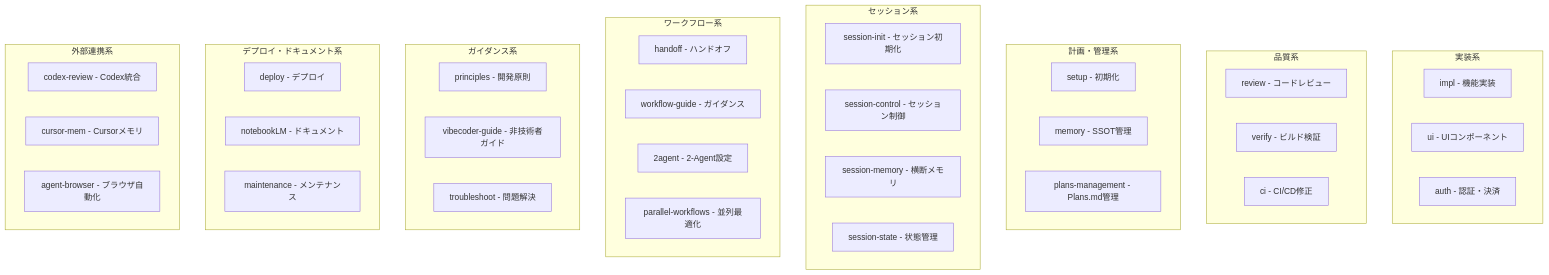
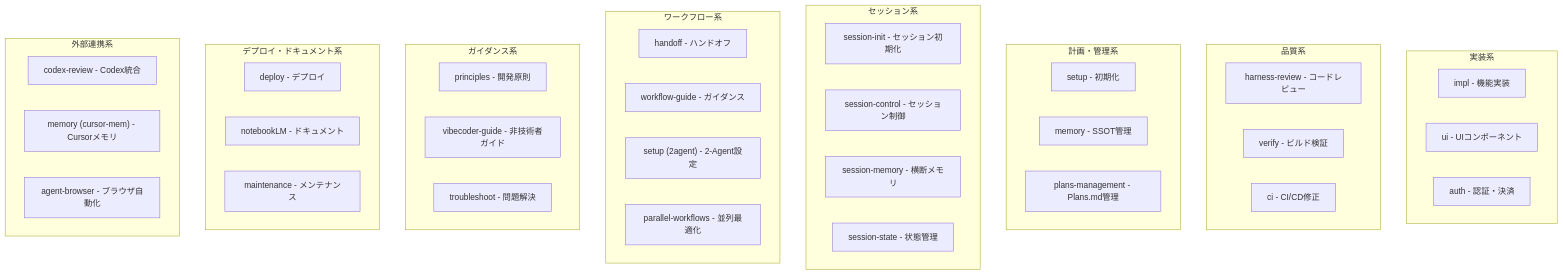
Before and after one commit to tim-hub/powerball-harness: the eighth of 11 diagrams in docs/HARNESS_COMPLETE_MAP.md, drawn with Mermaid. The commit also changed other lines of this file and 251 other files, not shown here.

````diff
--- a/docs/HARNESS_COMPLETE_MAP.md
+++ b/docs/HARNESS_COMPLETE_MAP.md
@@ -399,52 +399,52 @@
 ```mermaid
 flowchart TB
     subgraph IMPL_GROUP["実装系"]
         IMPL["impl - 機能実装"]
         UI["ui - UIコンポーネント"]
         AUTH["auth - 認証・決済"]
     end
 
     subgraph QUALITY_GROUP["品質系"]
-        REVIEW["review - コードレビュー"]
+        REVIEW["harness-review - コードレビュー"]
         VERIFY["verify - ビルド検証"]
         CI["ci - CI/CD修正"]
     end
 
     subgraph PLAN_GROUP["計画・管理系"]
         SETUP["setup - 初期化"]
         MEMORY["memory - SSOT管理"]
         PLANS["plans-management - Plans.md管理"]
     end
 
     subgraph SESSION_GROUP["セッション系"]
         SI["session-init - セッション初期化"]
         SC["session-control - セッション制御"]
         SM["session-memory - 横断メモリ"]
         SS["session-state - 状態管理"]
     end
 
     subgraph WORKFLOW_GROUP["ワークフロー系"]
         WF["handoff - ハンドオフ"]
         WFG["workflow-guide - ガイダンス"]
-        AGENT2["2agent - 2-Agent設定"]
+        AGENT2["setup (2agent) - 2-Agent設定"]
         PARALLEL["parallel-workflows - 並列最適化"]
     end
 
     subgraph GUIDE_GROUP["ガイダンス系"]
         PRINCIPLES["principles - 開発原則"]
         VIBECODER["vibecoder-guide - 非技術者ガイド"]
         TROUBLE["troubleshoot - 問題解決"]
     end
 
     subgraph DEPLOY_GROUP["デプロイ・ドキュメント系"]
         DEPLOY["deploy - デプロイ"]
         DOCS["notebookLM - ドキュメント"]
         MAINT["maintenance - メンテナンス"]
     end
 
     subgraph INTEGRATION_GROUP["外部連携系"]
         CODEX["codex-review - Codex統合"]
-        CURSOR["cursor-mem - Cursorメモリ"]
+        CURSOR["memory (cursor-mem) - Cursorメモリ"]
         BROWSER["agent-browser - ブラウザ自動化"]
     end
 ```
````
